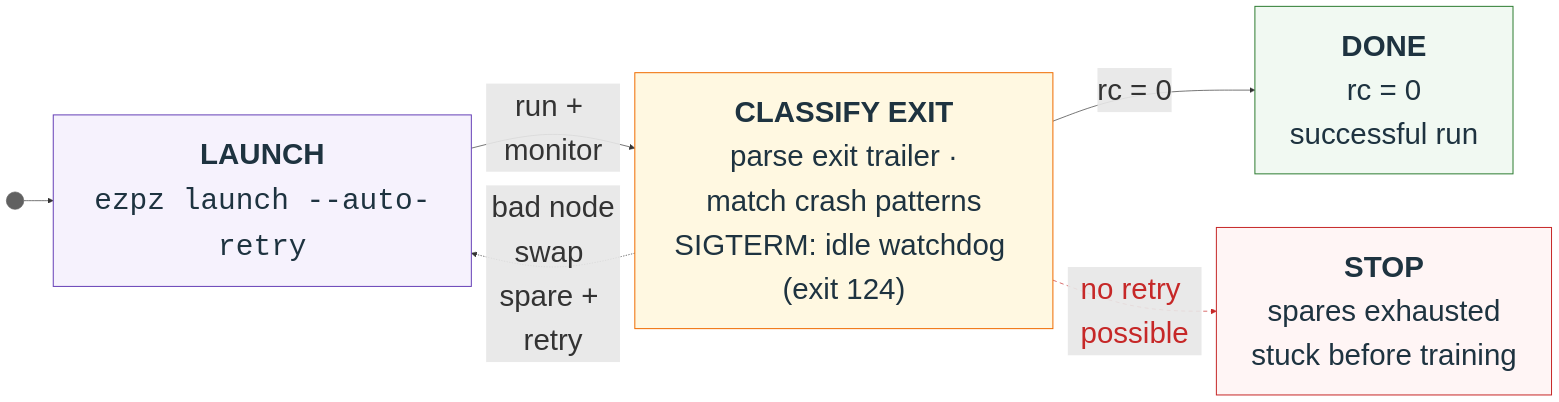
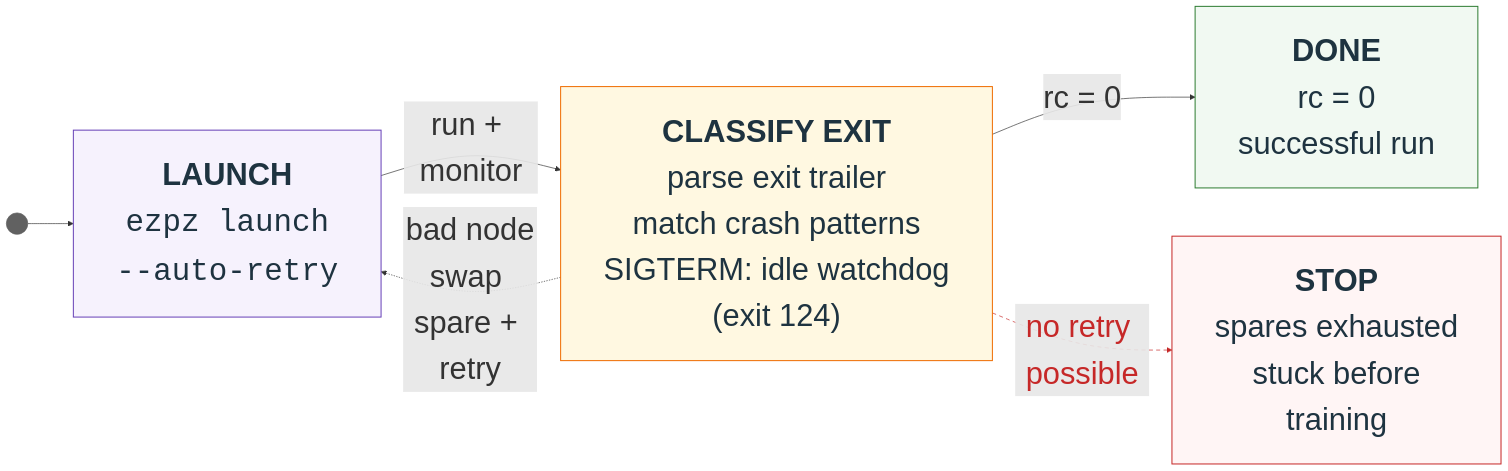
The eighth of 10 diagrams in web/src/pages/talks/2026/11/20/index.mdx (saforem2/samf.sh), drawn with Mermaid before and after one commit.

Commit message:
slides: fig5 — explicit node line breaks, taller nodes
Break LAUNCH (launch / --auto-retry), CLASSIFY EXIT, and STOP onto fixed lines so pele does not wrap mid-phrase.
Bump fontSize to 46, nodeSpacing 72, rankSpacing 68, padding 32; measured node boxes grow from ~0.24m to ~0.39m tall at 1459px column width. No overflow; slide still fits.

````diff
--- a/web/src/pages/talks/2026/11/20/index.mdx
+++ b/web/src/pages/talks/2026/11/20/index.mdx
@@ -374,25 +374,25 @@
 ```mermaid
-%%{init: {'themeVariables': {'fontSize': '44px'}, 'flowchart': {'nodeSpacing': 80, 'rankSpacing': 44, 'padding': 26, 'wrappingWidth': 520}}}%%
+%%{init: {'themeVariables': {'fontSize': '46px'}, 'flowchart': {'nodeSpacing': 72, 'rankSpacing': 68, 'padding': 32, 'wrappingWidth': 520}}}%%
 flowchart LR
     START(( )) --> LAUNCH
-    LAUNCH["<span style='font-weight:700'>LAUNCH</span><br/><code>ezpz launch --auto-retry</code>"]
-    CLASSIFY["<span style='font-weight:700'>CLASSIFY EXIT</span><br/>parse exit trailer ·<br/>match crash patterns<br/>SIGTERM: idle watchdog (exit 124)"]
+    LAUNCH["<span style='font-weight:700'>LAUNCH</span><br/><code>ezpz launch</code><br/><code>--auto-retry</code>"]
+    CLASSIFY["<span style='font-weight:700'>CLASSIFY EXIT</span><br/>parse exit trailer<br/>match crash patterns<br/>SIGTERM: idle watchdog<br/>(exit 124)"]
     DONE["<span style='font-weight:700'>DONE</span><br/>rc = 0<br/>successful run"]
-    STOP["<span style='font-weight:700'>STOP</span><br/>spares exhausted<br/>stuck before training"]
+    STOP["<span style='font-weight:700'>STOP</span><br/>spares exhausted<br/>stuck before<br/>training"]
     LAUNCH -->|"run + monitor"| CLASSIFY
     CLASSIFY -->|"rc = 0"| DONE
     CLASSIFY -->|"no retry possible"| STOP
     CLASSIFY -.->|"bad node<br/>swap spare + retry"| LAUNCH
 
     classDef launchC fill:#f6f2fd,stroke:#6741b7,color:#1e3340,stroke-width:1.5px
     classDef classifyC fill:#fff8e1,stroke:#ef6c00,color:#1e3340,stroke-width:1.5px
     classDef doneC fill:#f1f9f2,stroke:#2e7d32,color:#1e3340,stroke-width:1.5px
     classDef stopC fill:#fff5f5,stroke:#c62828,color:#1e3340,stroke-width:1.5px
     classDef startC fill:#616161,stroke:#616161,color:#616161
     class START startC
     class LAUNCH launchC
     class CLASSIFY classifyC
     class DONE doneC
     class STOP stopC
     linkStyle 3 stroke:#c62828,color:#c62828,stroke-dasharray:6 5
 ```
````
